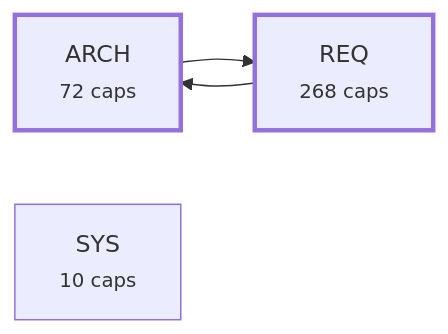
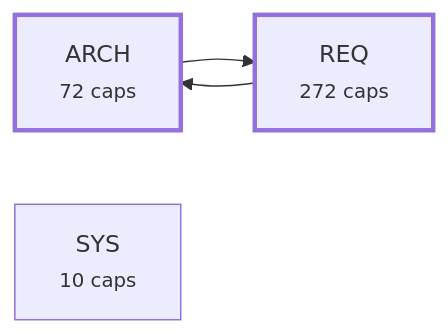
The third of 4 diagrams in plugin/requirements/_map.md (alxmax/Requirement-manager), drawn with Mermaid before and after one commit. The commit also changed other lines of this file and 47 other files, not shown here.

````diff
--- a/plugin/requirements/_map.md
+++ b/plugin/requirements/_map.md
@@ -1158,10 +1164,10 @@
 ```mermaid
 graph LR
   a_ARCH["ARCH<br><small>72 caps</small>"]
-  a_REQ["REQ<br><small>268 caps</small>"]
+  a_REQ["REQ<br><small>272 caps</small>"]
   a_SYS["SYS<br><small>10 caps</small>"]
   a_ARCH --> a_REQ
   a_REQ --> a_ARCH
   style a_ARCH stroke-width:3px
   style a_REQ stroke-width:3px
 ```
````
